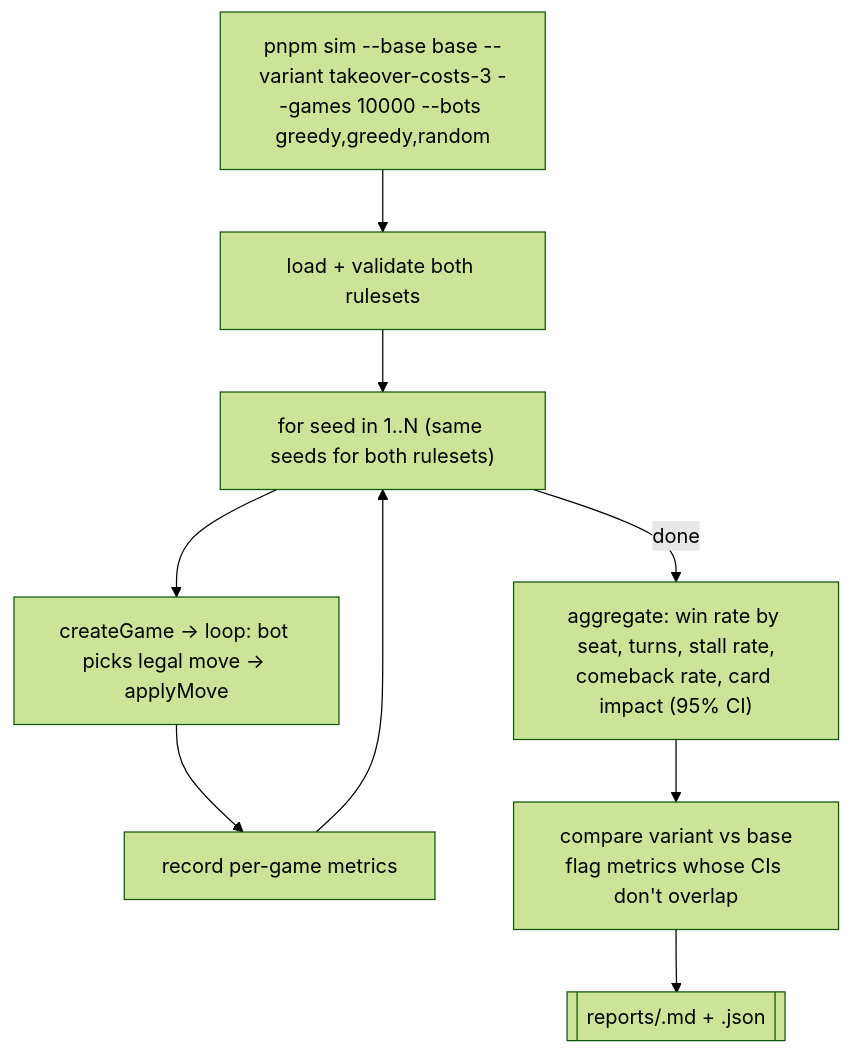
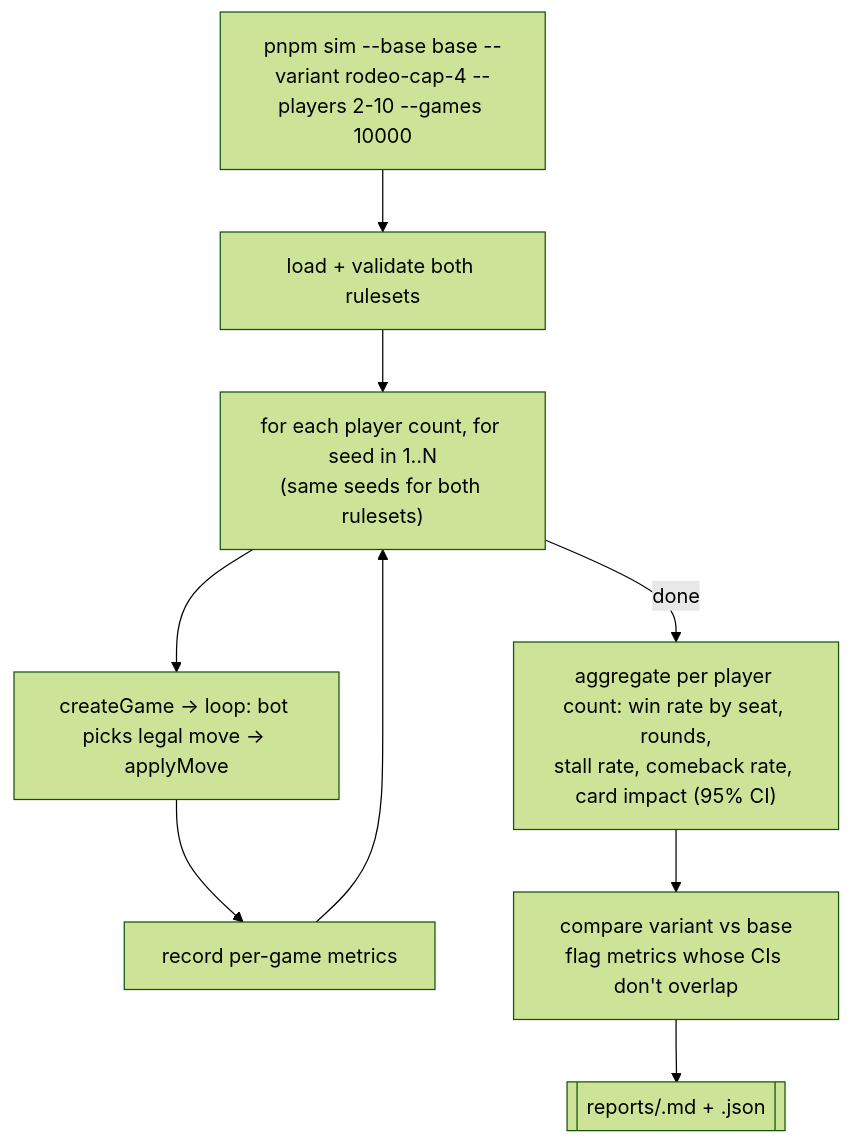
The fifth of 5 diagrams in docs/ARCHITECTURE.md (ddblz/bull-city-blocks), drawn with Mermaid (forest theme) before and after one commit. The commit also changed other lines of this file and 2 other files, not shown here.

First line of the commit message:
docs: v0.2 spec — 14 districts, 2–10 players, landmark/icon upgrades, auto-pass, turn clock, free-tier hosting

````diff
--- a/docs/ARCHITECTURE.md
+++ b/docs/ARCHITECTURE.md
@@ -150,11 +172,11 @@
 ```mermaid
 flowchart TD
-  A["pnpm sim --base base --variant takeover-costs-3 --games 10000 --bots greedy,greedy,random"] --> B[load + validate both rulesets]
-  B --> C["for seed in 1..N (same seeds for both rulesets)"]
+  A["pnpm sim --base base --variant rodeo-cap-4 --players 2-10 --games 10000"] --> B[load + validate both rulesets]
+  B --> C["for each player count, for seed in 1..N<br/>(same seeds for both rulesets)"]
   C --> D[createGame → loop: bot picks legal move → applyMove]
   D --> E[record per-game metrics]
   E --> C
-  C -->|done| F["aggregate: win rate by seat, turns, stall rate,<br/>comeback rate, card impact (95% CI)"]
+  C -->|done| F["aggregate per player count: win rate by seat, rounds,<br/>stall rate, comeback rate, card impact (95% CI)"]
   F --> G["compare variant vs base<br/>flag metrics whose CIs don't overlap"]
   G --> H[["reports/<variant>.md + .json"]]
 ```
````
